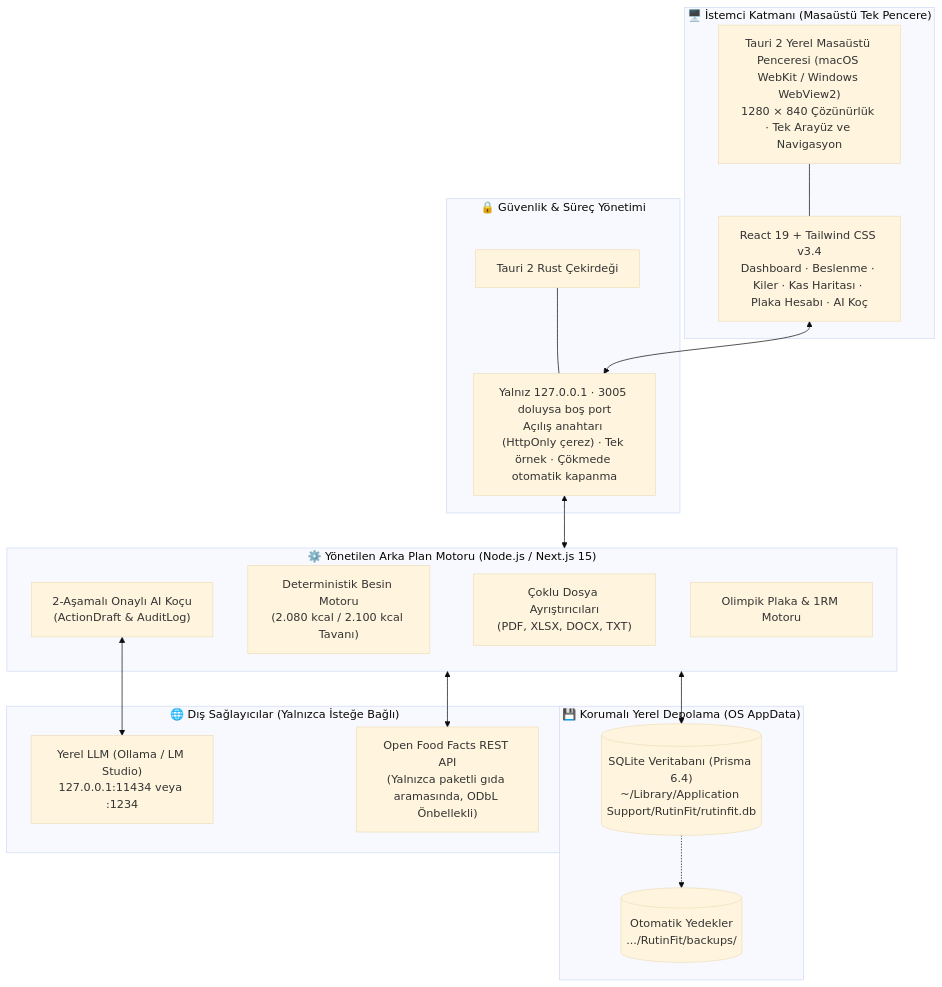
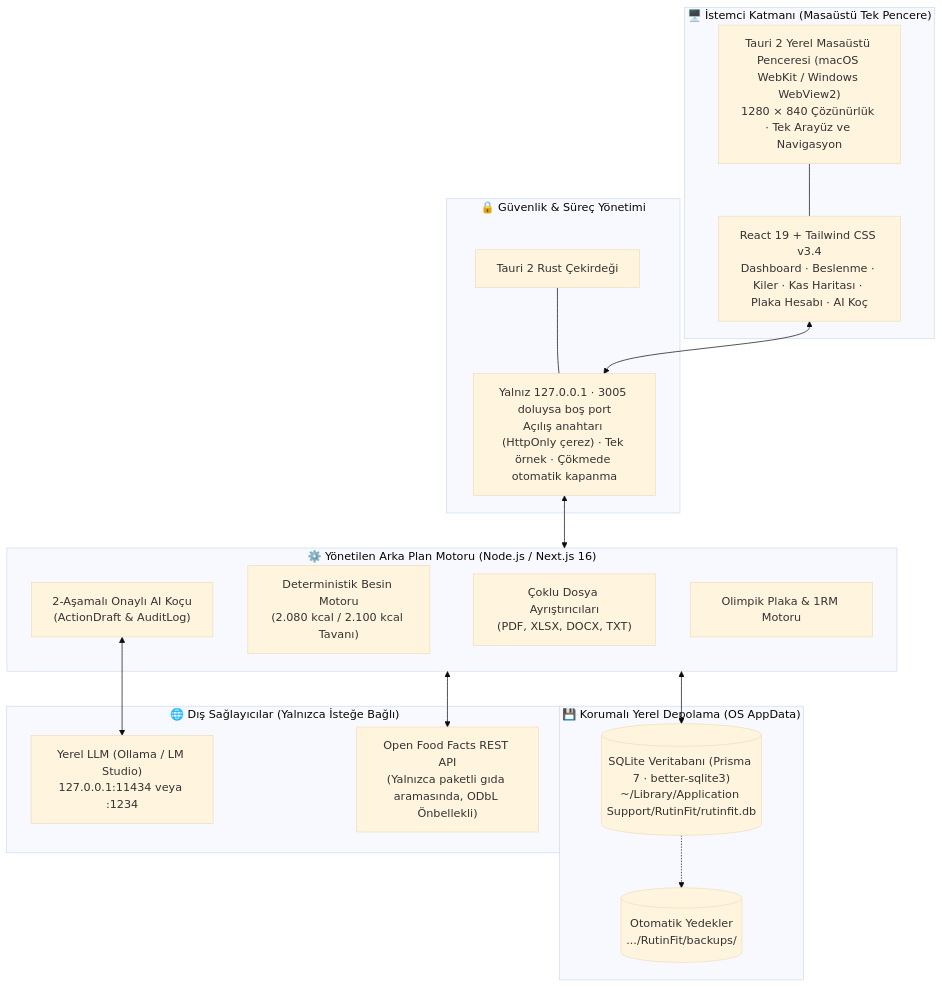
One commit to memirutku/rutinfit changed the first of 2 diagrams in README.md. Above: the diagram before and after it, drawn with Mermaid (base theme). The commit also changed other lines of this file and 1 other file, not shown here.

First line of the commit message:
docs: note the Next.js 16, Prisma 7 and Vitest 5 upgrades

````diff
--- a/README.md
+++ b/README.md
@@ -64,38 +64,38 @@
 ```mermaid
 flowchart TD
     subgraph Client ["🖥️ İstemci Katmanı (Masaüstü Tek Pencere)"]
         Window["Tauri 2 Yerel Masaüstü Penceresi (macOS WebKit / Windows WebView2)\n1280 × 840 Çözünürlük · Tek Arayüz ve Navigasyon"]
         UI["React 19 + Tailwind CSS v3.4\nDashboard · Beslenme · Kiler · Kas Haritası · Plaka Hesabı · AI Koç"]
         Window --- UI
     end
 
     subgraph Security ["🔒 Güvenlik & Süreç Yönetimi"]
         RustCore["Tauri 2 Rust Çekirdeği"]
         Loopback["Yalnız 127.0.0.1 · 3005 doluysa boş port\nAçılış anahtarı (HttpOnly çerez) · Tek örnek · Çökmede otomatik kapanma"]
         RustCore --- Loopback
     end
 
-    subgraph Engine ["⚙️ Yönetilen Arka Plan Motoru (Node.js / Next.js 15)"]
+    subgraph Engine ["⚙️ Yönetilen Arka Plan Motoru (Node.js / Next.js 16)"]
         FileParsers["Çoklu Dosya Ayrıştırıcıları\n(PDF, XLSX, DOCX, TXT)"]
         NutriEngine["Deterministik Besin Motoru\n(2.080 kcal / 2.100 kcal Tavanı)"]
         AIEngine["2-Aşamalı Onaylı AI Koçu\n(ActionDraft & AuditLog)"]
         PlateEngine["Olimpik Plaka & 1RM Motoru"]
     end
 
     subgraph Storage ["💾 Korumalı Yerel Depolama (OS AppData)"]
-        SQLite[("SQLite Veritabanı (Prisma 6.4)\n~/Library/Application Support/RutinFit/rutinfit.db")]
+        SQLite[("SQLite Veritabanı (Prisma 7 · better-sqlite3)\n~/Library/Application Support/RutinFit/rutinfit.db")]
         Backups[("Otomatik Yedekler\n.../RutinFit/backups/")]
     end
 
     subgraph External ["🌐 Dış Sağlayıcılar (Yalnızca İsteğe Bağlı)"]
         LocalAI["Yerel LLM (Ollama / LM Studio)\n127.0.0.1:11434 veya :1234"]
         OFF["Open Food Facts REST API\n(Yalnızca paketli gıda aramasında, ODbL Önbellekli)"]
     end
 
     UI <--> Loopback
     Loopback <--> Engine
     Engine <--> SQLite
     SQLite -.-> Backups
     AIEngine <--> LocalAI
     Engine <--> OFF
 ```
````
